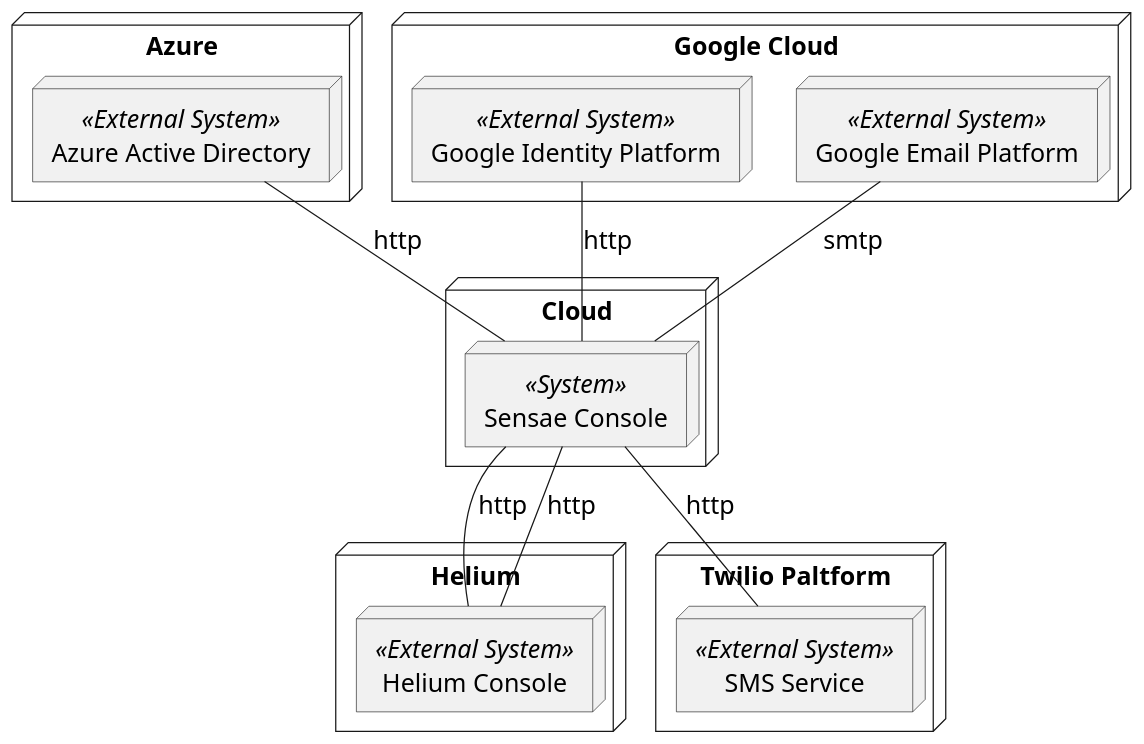
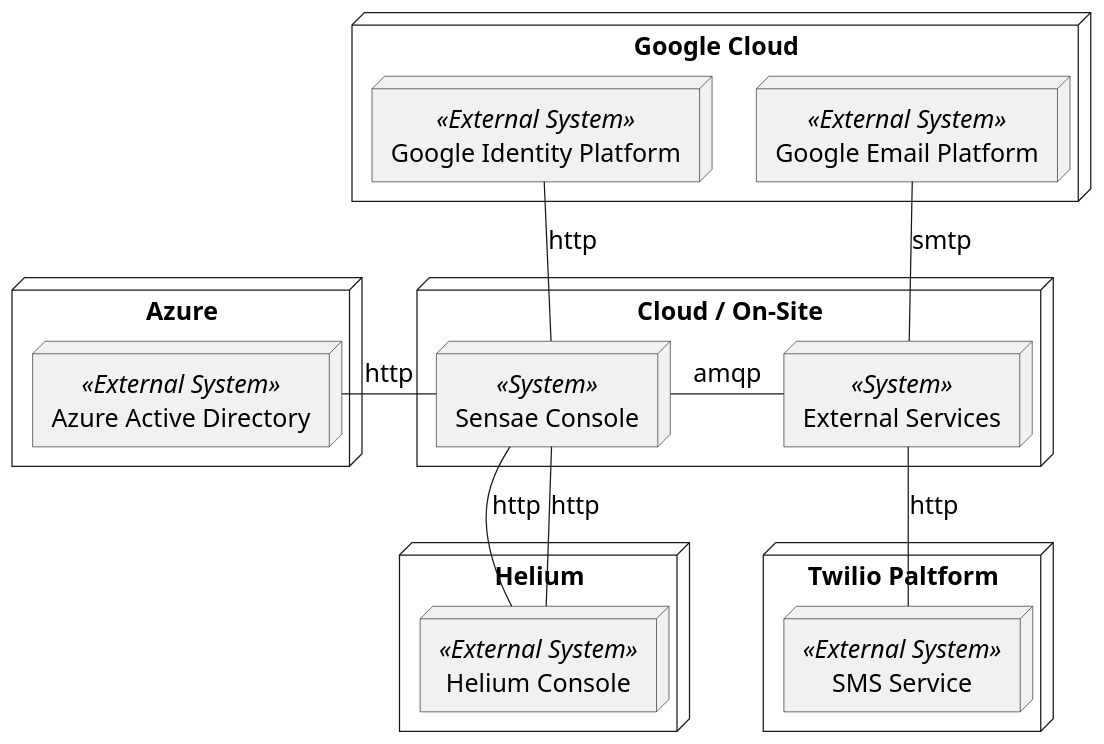
Before and after one commit to FilipeMCruz/dissertation: the diagram in assets/diagrams/design/architectural/level1/physical-view.pu, drawn with PlantUML. The commit also changed 127 other files, not shown here.

```diff
--- a/assets/diagrams/design/architectural/level1/physical-view.pu
+++ b/assets/diagrams/design/architectural/level1/physical-view.pu
@@ -1,39 +1,42 @@
 @startuml physical-view
 
 skinparam defaultFontSize 20
 skinparam Monochrome true
 skinparam sequenceMessageAlign center
 skinparam componentStyle uml2
 skinparam packageStyle rectangle
 
-node "Cloud" {
+node "Cloud / On-Site" {
     node "Sensae Console" <<System>> as SYSTEM1
+    node "External Services" <<System>> as SYSTEM2
 }
 
 node "Helium" {
     node "Helium Console" <<External System>> as HC
 }
 
 node "Azure" {
     node "Azure Active Directory" <<External System>> as AAD
 }
 
 node "Google Cloud" {
     node "Google Identity Platform" <<External System>> as GIP
     node "Google Email Platform" <<External System>> as EMAIL
 }
 
 node "Twilio Paltform" {
     node "SMS Service" <<External System>> as SMS
 }
 
 SYSTEM1 -- HC : http
 SYSTEM1 -- HC : http
-EMAIL -- SYSTEM1 : smtp
-SYSTEM1 -- SMS : http
+EMAIL -- SYSTEM2 : smtp
+SYSTEM2 -- SMS : http
 
-AAD -- SYSTEM1 : http
+AAD - SYSTEM1 : http
 GIP -- SYSTEM1 : http
+
+SYSTEM1 - SYSTEM2 : amqp
 
 
 @enduml
```
